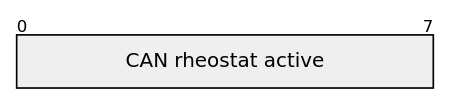
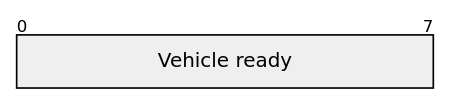
The tenth of 41 diagrams in docs/spec/kia-ev6-gen5w.md (W-Floyd/go-micomd), drawn with Mermaid before and after one commit. The commit also changed other lines of this file and 18 other files, not shown here.

````diff
--- a/docs/spec/kia-ev6-gen5w.md
+++ b/docs/spec/kia-ev6-gen5w.md
@@ -470,4 +468,4 @@
 ```mermaid
 packet-beta
-0-7: "CAN rheostat active"
+0-7: "Vehicle ready"
 ```
````
